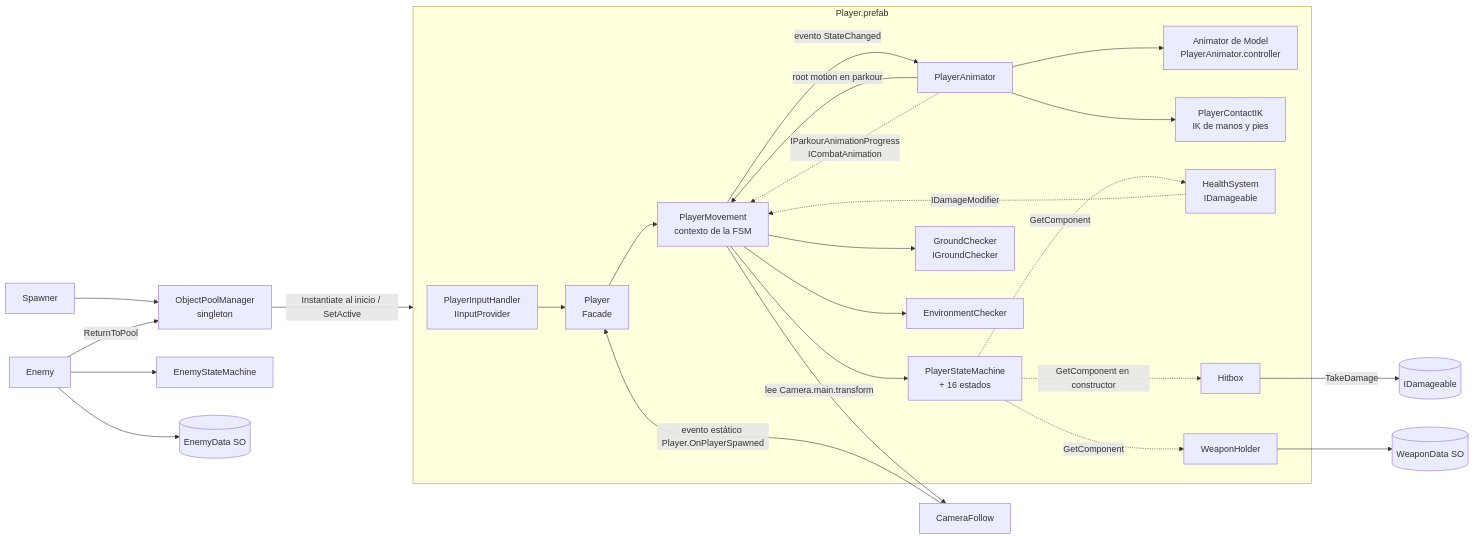
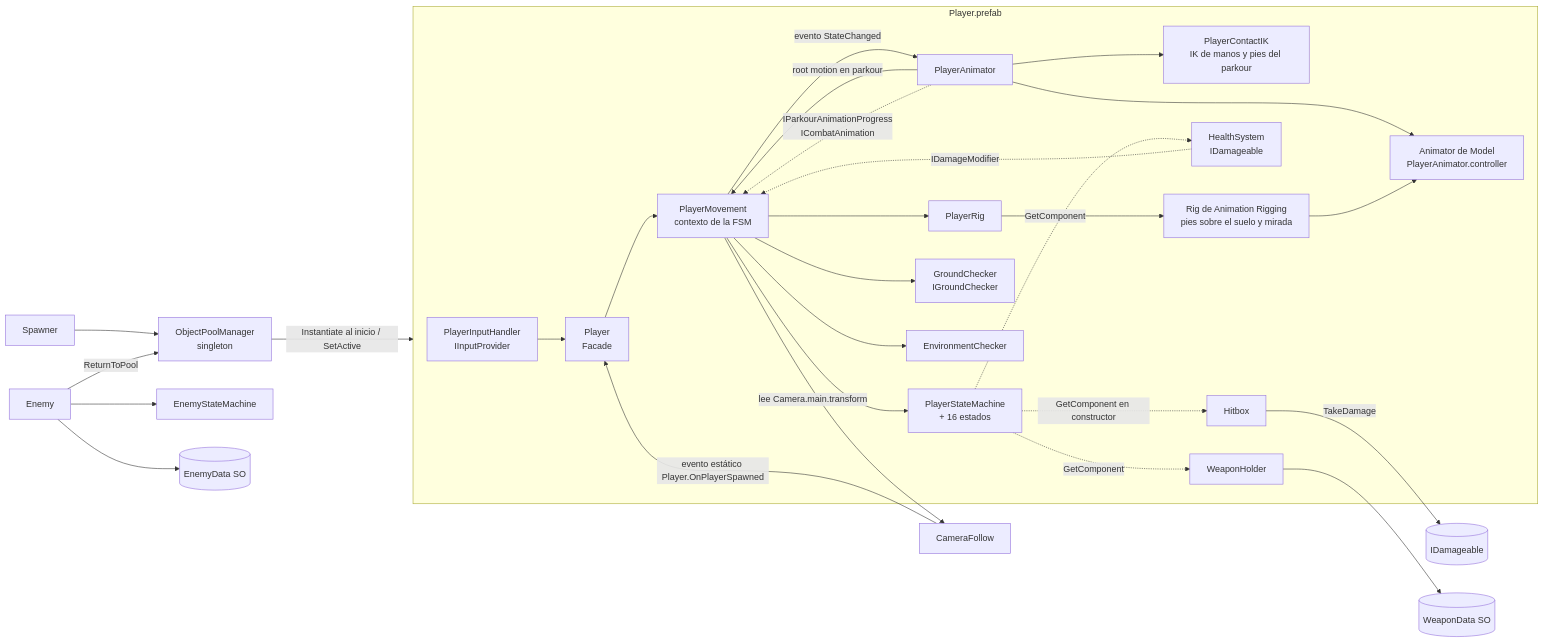
One commit to AlanYahirAguilar/warrior-woke changed the first of 2 diagrams in docs/arquitectura.md. Above: the diagram before and after it, drawn with Mermaid. The commit also changed other lines of this file and 20 other files, not shown here.

First line of the commit message:
feat(animation): add Animation Rigging feet contact and head look

````diff
--- a/docs/arquitectura.md
+++ b/docs/arquitectura.md
@@ -179,28 +185,31 @@
 ```mermaid
 flowchart LR
     subgraph Player.prefab
       PIH[PlayerInputHandler<br/>IInputProvider] --> P[Player<br/>Facade]
       P --> PM[PlayerMovement<br/>contexto de la FSM]
       PM --> FSM[PlayerStateMachine<br/>+ 16 estados]
       PM -- evento StateChanged --> PA[PlayerAnimator]
       PA --> AN[Animator de Model<br/>PlayerAnimator.controller]
       PA -- root motion en parkour --> PM
-      PA --> CIK[PlayerContactIK<br/>IK de manos y pies]
+      PA --> CIK[PlayerContactIK<br/>IK de manos y pies del parkour]
+      PM --> PR[PlayerRig]
+      PR --> RIG[Rig de Animation Rigging<br/>pies sobre el suelo y mirada]
+      RIG --> AN
       PA -. IParkourAnimationProgress<br/>ICombatAnimation .-> PM
       HS -. IDamageModifier .-> PM
       PM --> GC[GroundChecker<br/>IGroundChecker]
       PM --> EC[EnvironmentChecker]
       FSM -. GetComponent en constructor .-> HB[Hitbox]
       FSM -. GetComponent .-> HS[HealthSystem<br/>IDamageable]
       FSM -. GetComponent .-> WH[WeaponHolder]
     end
     PM -- lee Camera.main.transform --> CAM[CameraFollow]
     CAM -- evento estático Player.OnPlayerSpawned --> P
     SP[Spawner] --> OPM[ObjectPoolManager<br/>singleton]
     OPM -- Instantiate al inicio / SetActive --> Player.prefab
     HB -- TakeDamage --> IDam[(IDamageable)]
     WH --> WD[(WeaponData SO)]
     E[Enemy] --> EFSM[EnemyStateMachine]
     E --> ED[(EnemyData SO)]
     E -- ReturnToPool --> OPM
 ```
````
